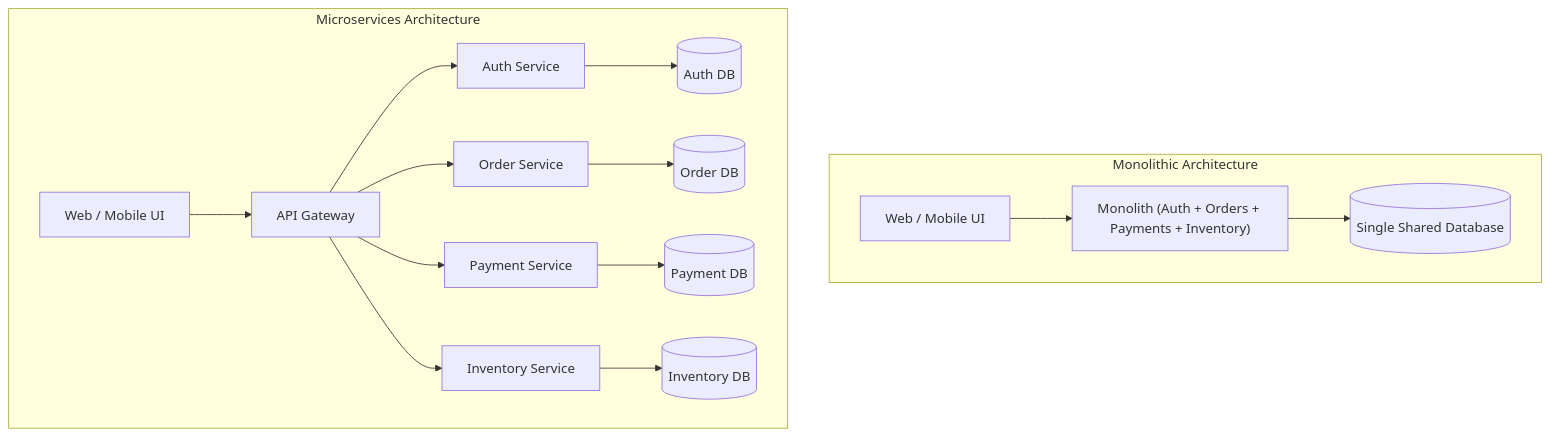
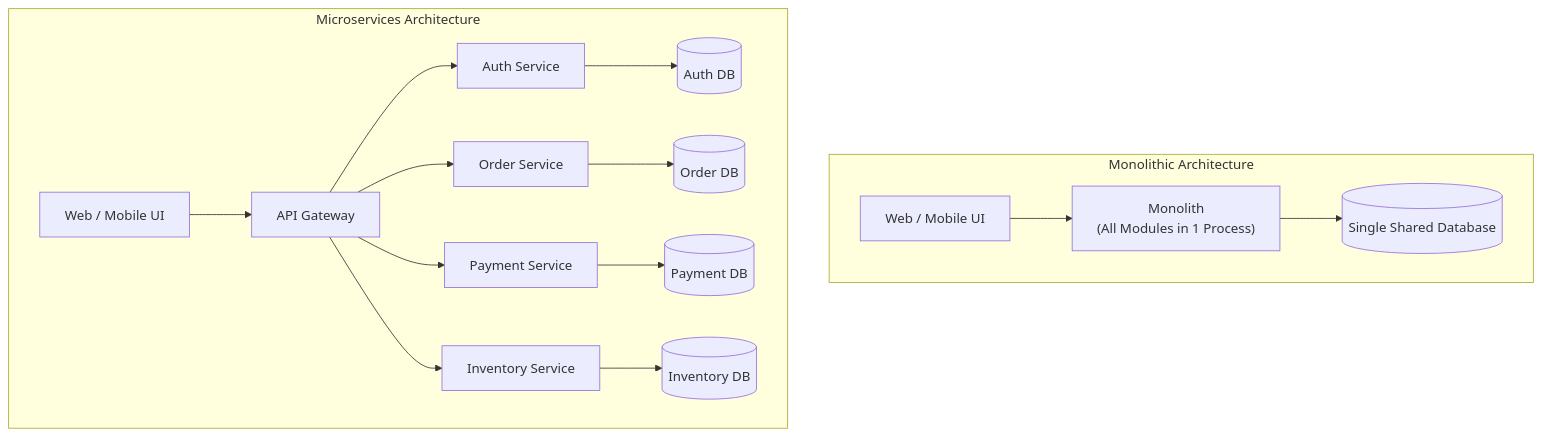
Before and after one commit to Sourav108/strivers-lld: the first of 4 diagrams in strivers-hld/09-Microservices-and-API-Design/README.md, drawn with Mermaid. The commit also changed other lines of this file and 39 other files, not shown here.

Commit message:
fix(mermaid): wrap node labels, simplify diamonds, and reformat wide diagrams for perfect GitHub rendering

````diff
--- a/strivers-hld/09-Microservices-and-API-Design/README.md
+++ b/strivers-hld/09-Microservices-and-API-Design/README.md
@@ -5,15 +5,19 @@
 ```mermaid
 flowchart TD
     subgraph Monolith["Monolithic Architecture"]
-        M_UI["Web / Mobile UI"] --> M_App["Monolith (Auth + Orders + Payments + Inventory)"]
+        M_UI["Web / Mobile UI"] --> M_App["Monolith<br/>(All Modules in 1 Process)"]
         M_App --> M_DB[("Single Shared Database")]
     end
 
     subgraph Microservices["Microservices Architecture"]
         MS_UI["Web / Mobile UI"] --> MS_GW["API Gateway"]
-        MS_GW --> S1["Auth Service"] --> DB1[("Auth DB")]
-        MS_GW --> S2["Order Service"] --> DB2[("Order DB")]
-        MS_GW --> S3["Payment Service"] --> DB3[("Payment DB")]
-        MS_GW --> S4["Inventory Service"] --> DB4[("Inventory DB")]
+        MS_GW --> S1["Auth Service"]
+        MS_GW --> S2["Order Service"]
+        MS_GW --> S3["Payment Service"]
+        MS_GW --> S4["Inventory Service"]
+        S1 --> DB1[("Auth DB")]
+        S2 --> DB2[("Order DB")]
+        S3 --> DB3[("Payment DB")]
+        S4 --> DB4[("Inventory DB")]
     end
 ```
````
